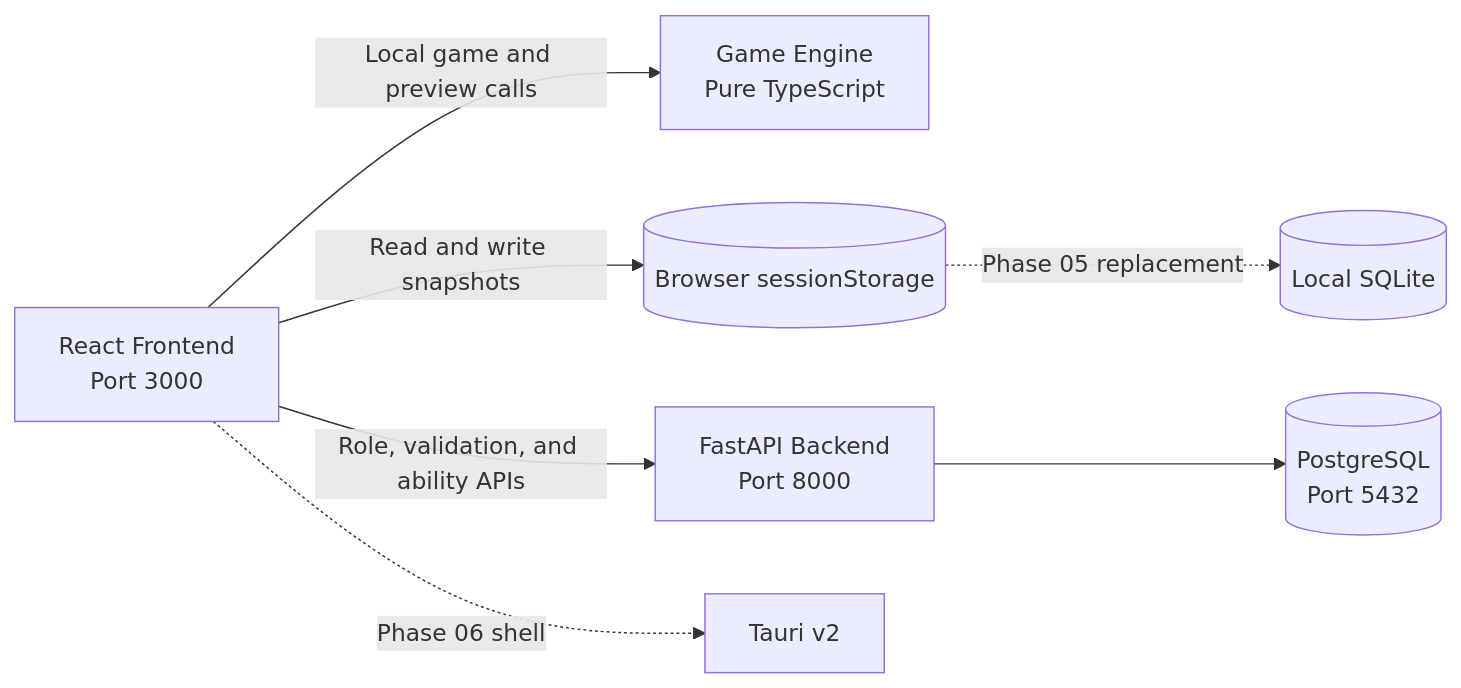
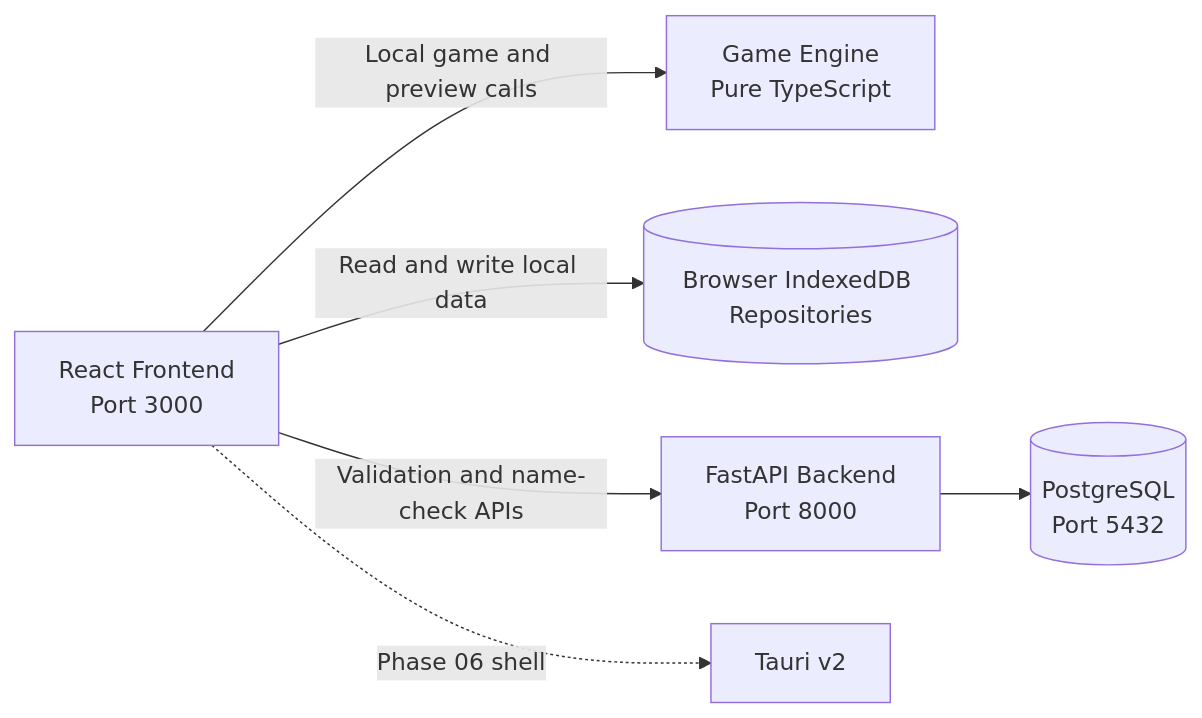
Before and after one commit to threnjen/yourwolf-monorepo: the first of 3 diagrams in docs/ARCHITECTURE.md, drawn with Mermaid. The commit also changed other lines of this file and 171 other files, not shown here.

First line of the commit message:
Phase/phase 05a local catalog and store (#16)

````diff
--- a/docs/ARCHITECTURE.md
+++ b/docs/ARCHITECTURE.md
@@ -9,10 +9,9 @@
 ```mermaid
-%% Current Phase 04b runtime boundaries.
+%% Current Phase 05a runtime boundaries.
 flowchart LR
     FE[React Frontend<br>Port 3000] -->|Local game and preview calls| ENG[Game Engine<br>Pure TypeScript]
-    FE -->|Read and write snapshots| STORE[(Browser sessionStorage)]
-    FE -->|Role, validation, and ability APIs| BE[FastAPI Backend<br>Port 8000]
+    FE -->|Read and write local data| STORE[(Browser IndexedDB Repositories)]
+    FE -->|Validation and name-check APIs| BE[FastAPI Backend<br>Port 8000]
     BE --> DB[(PostgreSQL<br>Port 5432)]
-    STORE -.->|Phase 05 replacement| SQLite[(Local SQLite)]
     FE -.->|Phase 06 shell| TAURI[Tauri v2]
 ```
````
